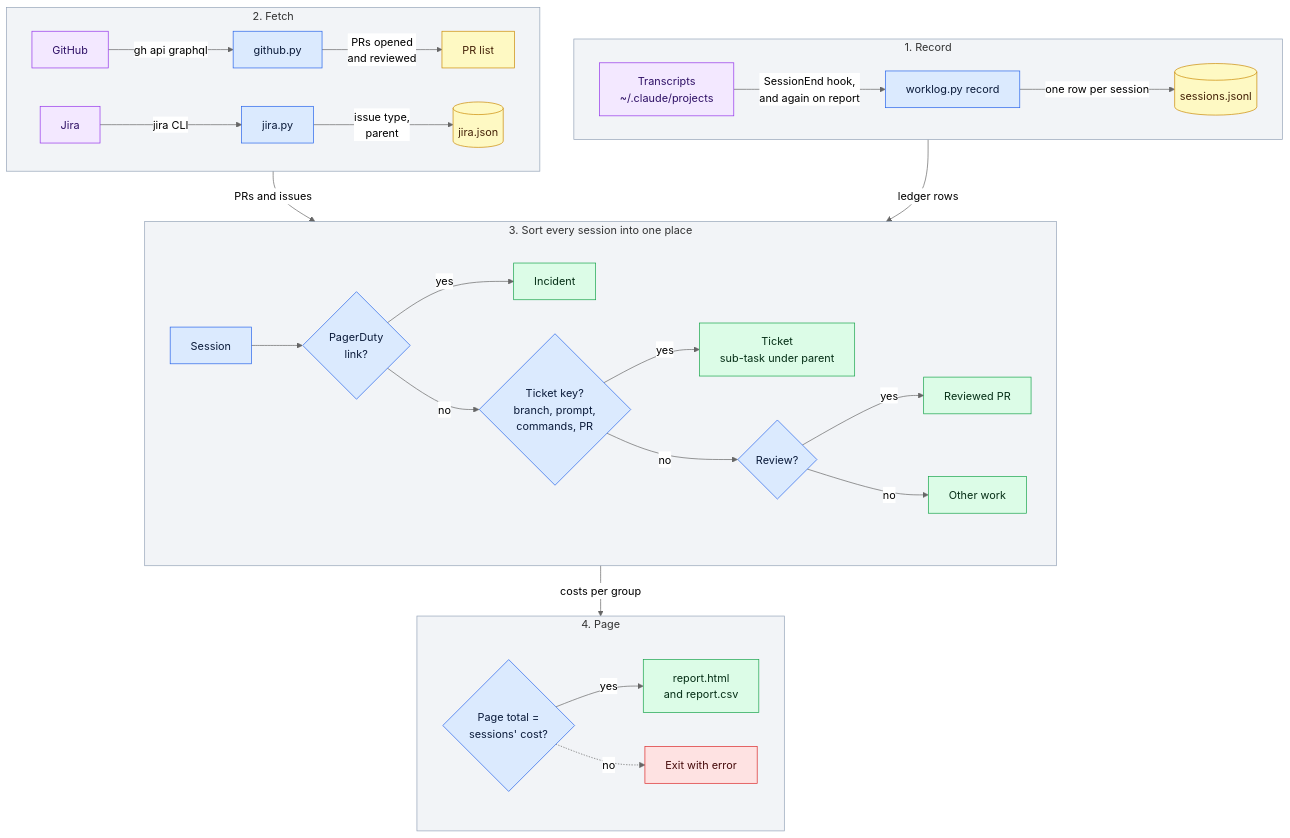
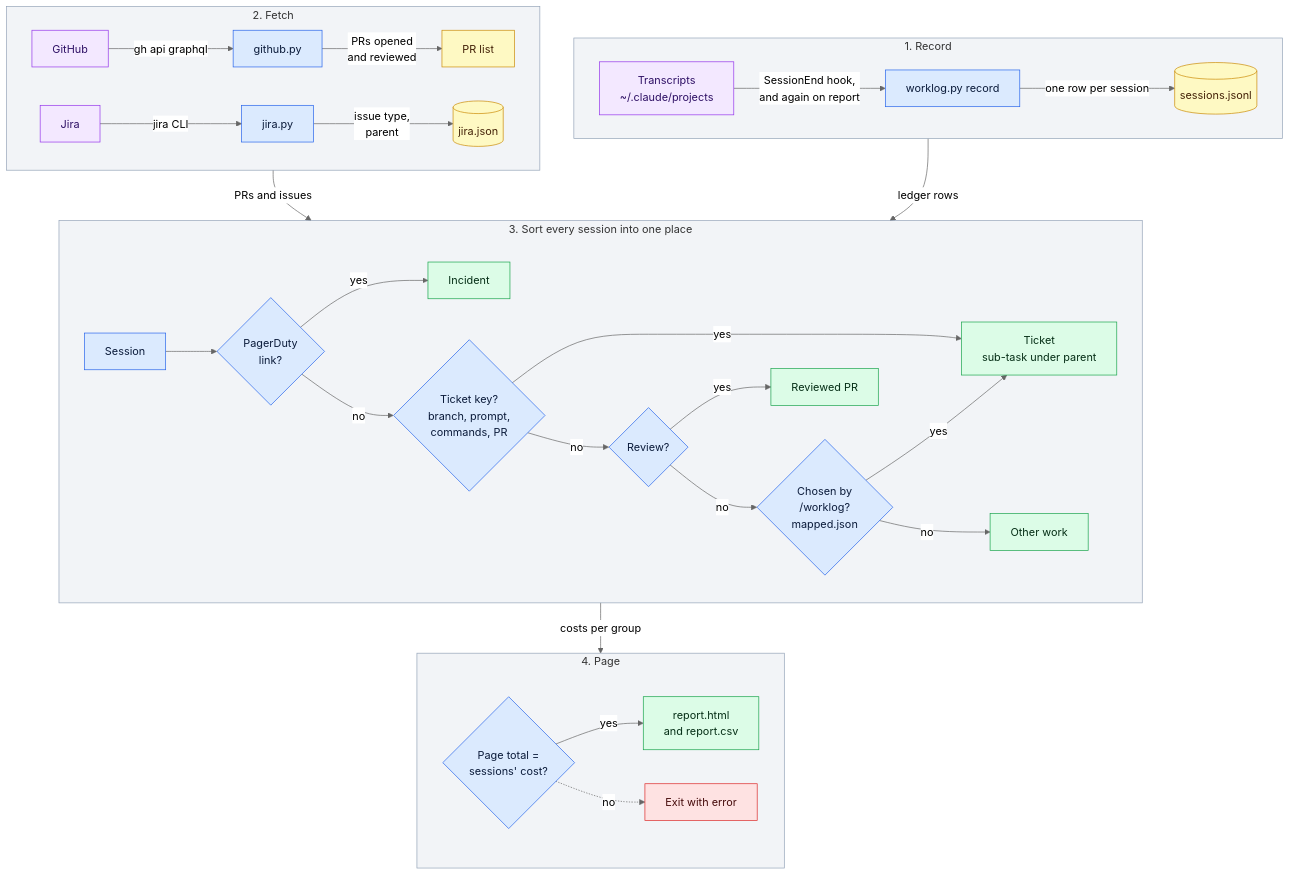
One commit to araltiparmak/claude-harness changed the diagram in skills/worklog/flow.mmd. Above: the diagram before and after it, drawn with Mermaid (neutral theme). The commit also changed 4 other files, not shown here.

Commit message:
worklog: /worklog maps sessions with no ticket to one of the period's tickets (unmapped, map, mapped.json)

```diff
--- a/skills/worklog/flow.mmd
+++ b/skills/worklog/flow.mmd
@@ -1,41 +1,42 @@
 %% How /worklog turns sessions, pull requests and Jira issues into one page. Render: diagrams/scripts/render.sh flow.mmd
 flowchart TB
   subgraph fetch [2. Fetch]
     direction LR
     gh[GitHub] -- gh api graphql --> ghp[github.py] -- PRs opened<br/>and reviewed --> prs[PR list]
     jc[Jira] -- jira CLI --> jp[jira.py] -- issue type,<br/>parent --> cache[(jira.json)]
   end
   subgraph rec [1. Record]
     direction LR
     tr[Transcripts<br/>~/.claude/projects] -- SessionEnd hook,<br/>and again on report --> rc[worklog.py record] -- one row per session --> led[(sessions.jsonl)]
   end
   subgraph sort [3. Sort every session into one place]
     direction LR
     s[Session] --> al{PagerDuty<br/>link?} -- yes --> inc[Incident]
     al -- no --> key{Ticket key?<br/>branch, prompt,<br/>commands, PR} -- yes --> tk[Ticket<br/>sub-task under parent]
     key -- no --> rv{Review?} -- yes --> rpr[Reviewed PR]
-    rv -- no --> oth[Other work]
+    rv -- no --> mp{Chosen by<br/>/worklog?<br/>mapped.json} -- yes --> tk
+    mp -- no --> oth[Other work]
   end
   subgraph out [4. Page]
     direction LR
     chk{Page total =<br/>sessions' cost?} -- yes --> page[report.html<br/>and report.csv]
     chk -. no .-> stop[Exit with error]
   end
   fetch -- PRs and issues --> sort
   rec -- ledger rows --> sort
   sort -- costs per group --> out
 
   classDef step fill:#dbeafe,stroke:#2563eb,color:#0b1b3a
   classDef ext fill:#f3e8ff,stroke:#9333ea,color:#2e1065
   classDef data fill:#fef9c3,stroke:#ca8a04,color:#422006
   classDef fail fill:#fee2e2,stroke:#dc2626,color:#450a0a
   classDef done fill:#dcfce7,stroke:#16a34a,color:#052e16
-  class rc,ghp,jp,s,al,key,rv,chk step
+  class rc,ghp,jp,s,al,key,rv,mp,chk step
   class tr,gh,jc ext
   class led,prs,cache data
   class stop fail
   class inc,tk,rpr,oth,page done
   style rec fill:#94a3b81f,stroke:#94a3b8
   style fetch fill:#94a3b81f,stroke:#94a3b8
   style sort fill:#94a3b81f,stroke:#94a3b8
   style out fill:#94a3b81f,stroke:#94a3b8
```
